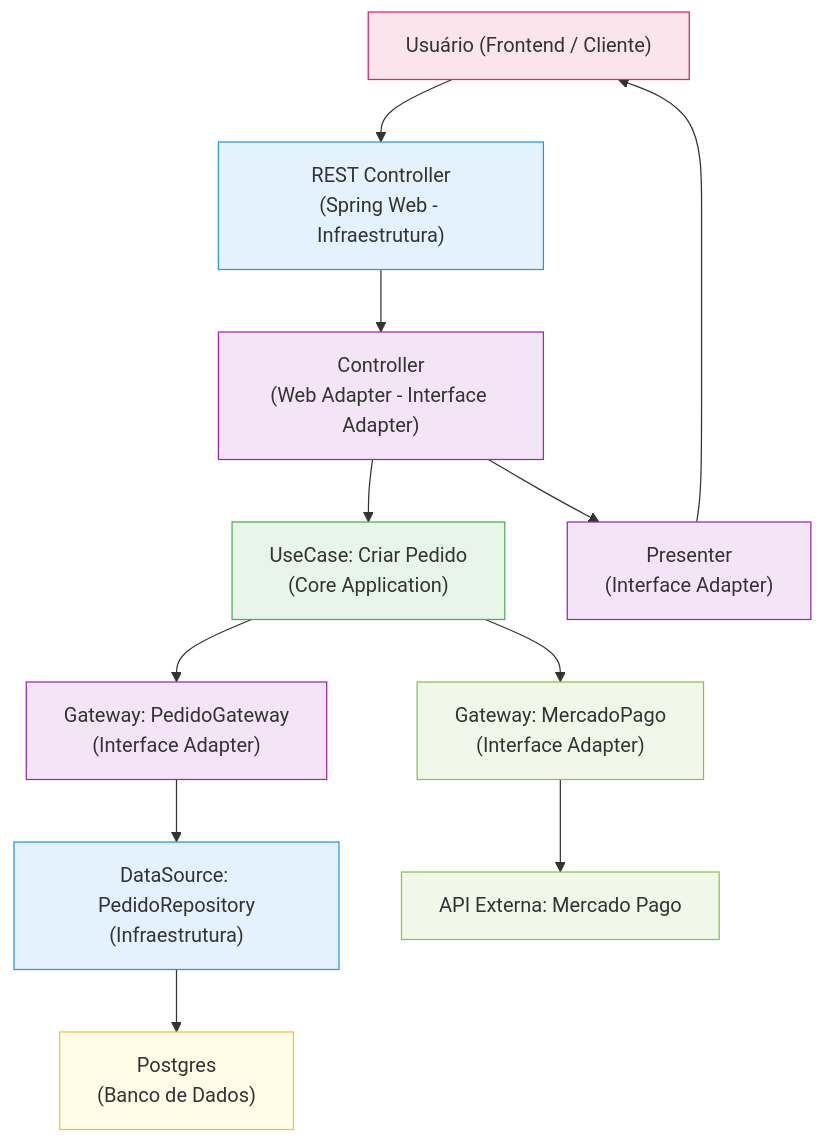
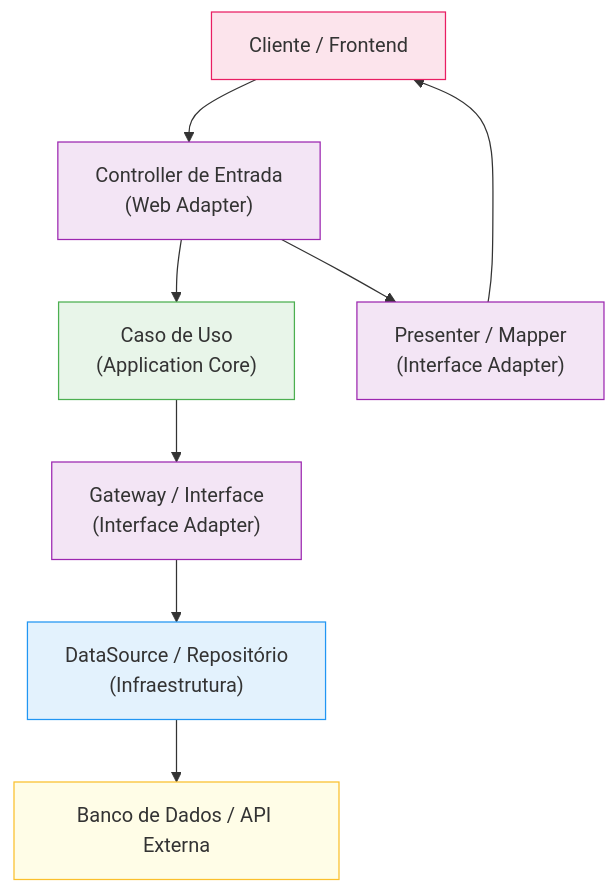
Before and after one commit to FIAP-SOAT-TECH-TEAM/foodcore-api: the first of 9 diagrams in README.md, drawn with Mermaid.

Commit message:
docs: melhoria na documentação do diagrama de fluxo

````diff
--- a/README.md
+++ b/README.md
@@ -68,39 +68,31 @@
 ```mermaid
 flowchart TD
-    A["Usuário (Frontend / Cliente)"] 
-    B["REST Controller<br/>(Spring Web - Infraestrutura)"]
-    C["Controller<br/>(Web Adapter - Interface Adapter)"]
-    D["UseCase: Criar Pedido<br/>(Core Application)"]
-    E["Gateway: PedidoGateway<br/>(Interface Adapter)"]
-    F["DataSource: PedidoRepository<br/>(Infraestrutura)"]
-    G["Postgres<br/>(Banco de Dados)"]
-    MP["Gateway: MercadoPago<br/>(Interface Adapter)"]
-    MP_API[API Externa: Mercado Pago]
-    H["Presenter<br/>(Interface Adapter)"]
+    UI["Cliente / Frontend"]
+    CONTROLLER["Controller de Entrada<br/>(Web Adapter)"]
+    USECASE["Caso de Uso<br/>(Application Core)"]
+    GATEWAY["Gateway / Interface<br/>(Interface Adapter)"]
+    DATASOURCE["DataSource / Repositório<br/>(Infraestrutura)"]
+    DB["Banco de Dados / API Externa"]
+    PRESENTER["Presenter / Mapper<br/>(Interface Adapter)"]
 
-    A --> B
-    B --> C
-    C --> D
-    D --> E
-    E --> F
-    F --> G
-    D --> MP
-    MP --> MP_API
-    C --> H
-    H --> A
+    UI --> CONTROLLER
+    CONTROLLER --> USECASE
+    USECASE --> GATEWAY
+    GATEWAY --> DATASOURCE
+    DATASOURCE --> DB
+    CONTROLLER --> PRESENTER
+    PRESENTER --> UI
 
     classDef infra fill:#e3f2fd,stroke:#2196f3,stroke-width:1px
     classDef adapter fill:#f3e5f5,stroke:#9c27b0,stroke-width:1px
     classDef core fill:#e8f5e9,stroke:#4caf50,stroke-width:1px
     classDef db fill:#fffde7,stroke:#fbc02d,stroke-width:1px
     classDef user fill:#fce4ec,stroke:#e91e63,stroke-width:1px
-    classDef external fill:#f1f8e9,stroke:#8bc34a,stroke-width:1px
 
-    class A user
-    class B,F infra
-    class C,E,H adapter
-    class D core
-    class G db
-    class MP external
-    class MP_API external
+    class UI user
+    class CONTROLLER,PRESENTER adapter
+    class USECASE core
+    class GATEWAY adapter
+    class DATASOURCE infra
+    class DB db
 ```
````
